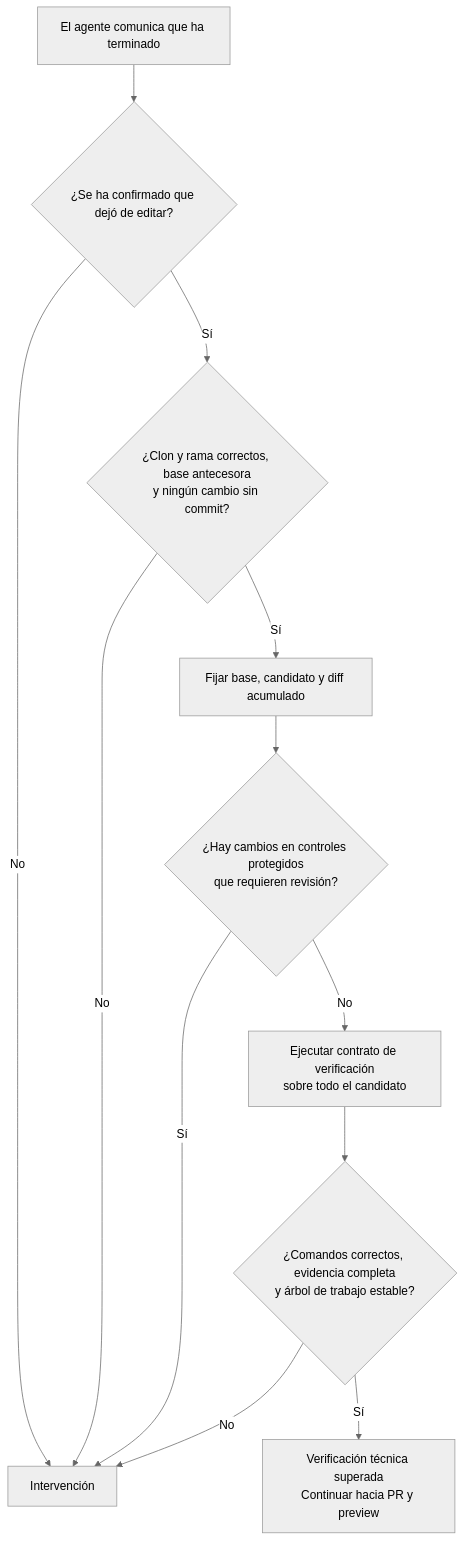
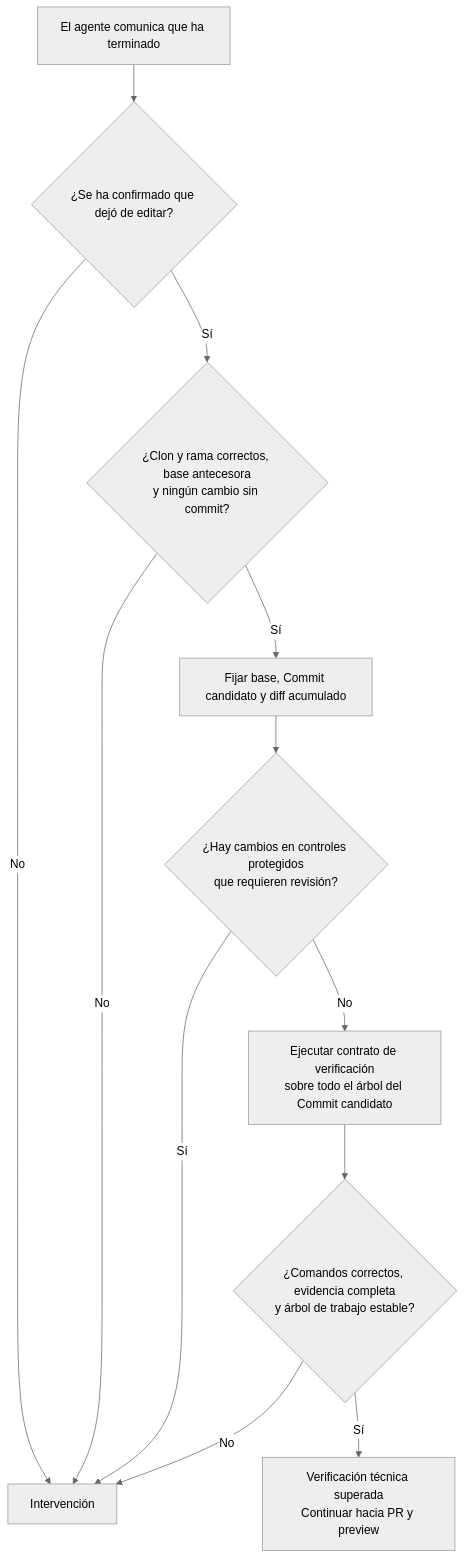
Before and after one commit to rubenbp/app-foundry: the first of 4 diagrams in docs/manual/03-verificacion-y-aceptacion.md, drawn with Mermaid (neutral theme). The commit also changed other lines of this file and 35 other files, not shown here.

Commit message:
Ajusta términos de issue y commit candidato

````diff
--- a/docs/manual/03-verificacion-y-aceptacion.md
+++ b/docs/manual/03-verificacion-y-aceptacion.md
@@ -9,14 +9,14 @@
 ```mermaid
 flowchart TD
     A["El agente comunica que ha terminado"] --> S{"¿Se ha confirmado que dejó de editar?"}
     S -->|"No"| X["Intervención"]
     S -->|"Sí"| C{"¿Clon y rama correctos, base antecesora<br/>y ningún cambio sin commit?"}
     C -->|"No"| X
-    C -->|"Sí"| D["Fijar base, candidato y diff acumulado"]
+    C -->|"Sí"| D["Fijar base, Commit candidato y diff acumulado"]
     D --> P{"¿Hay cambios en controles protegidos<br/>que requieren revisión?"}
     P -->|"Sí"| X
-    P -->|"No"| V["Ejecutar contrato de verificación<br/>sobre todo el candidato"]
+    P -->|"No"| V["Ejecutar contrato de verificación<br/>sobre todo el árbol del Commit candidato"]
     V --> T{"¿Comandos correctos, evidencia completa<br/>y árbol de trabajo estable?"}
     T -->|"No"| X
     T -->|"Sí"| R["Verificación técnica superada<br/>Continuar hacia PR y preview"]
 ```
````
